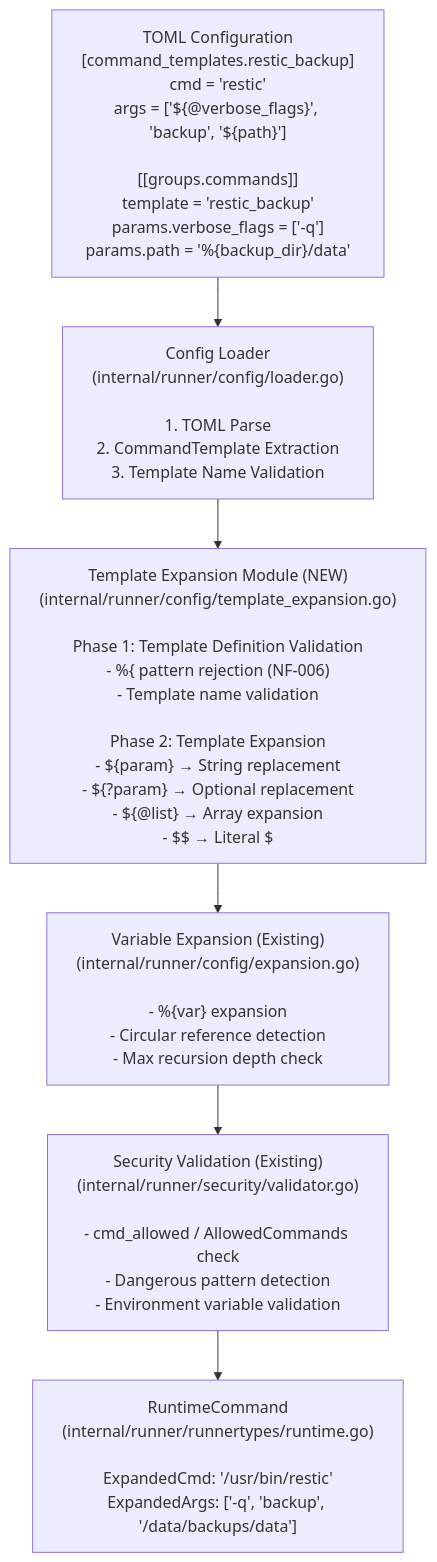
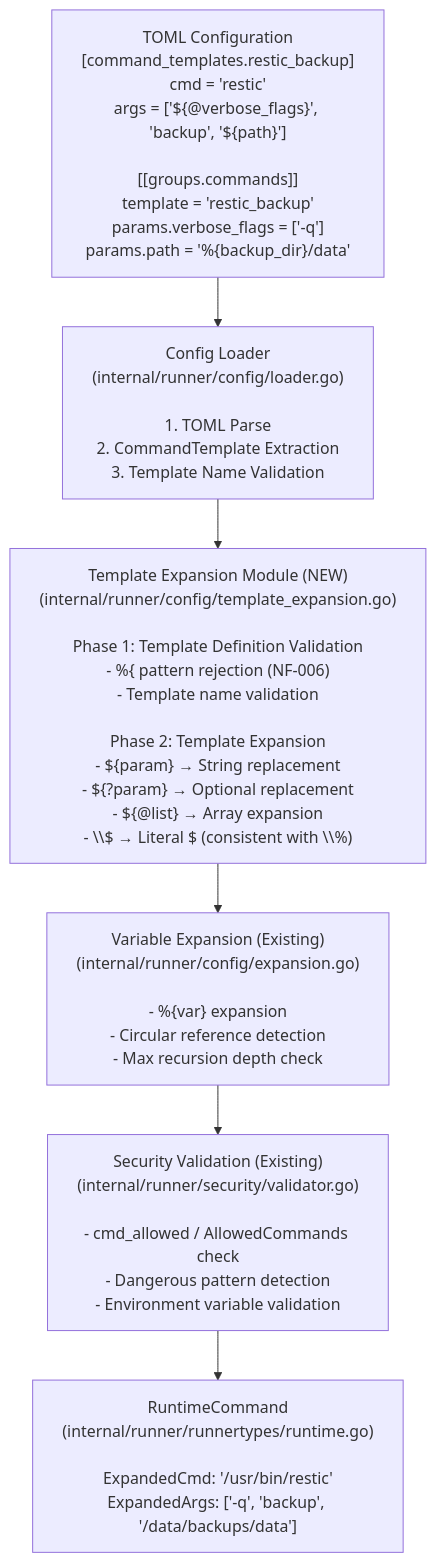
Before and after one commit to isseis/go-safe-cmd-runner: the first of 11 diagrams in docs/tasks/0062_command_templates/02_architecture.md, drawn with Mermaid. The commit also changed other lines of this file and 2 other files, not shown here.

Commit message:
docs(templates): unify escape syntax to backslash-based (\$)
Changed template parameter escape syntax from $$ to \$ for consistency
with existing variable expansion escape sequences (\%).

Changes across all template documentation:
- F-007: Updated escape mechanism from $$ to \$
- Added applyEscapeSequences() function supporting \$ and \\
- Updated parsePlaceholders() to recognize \$ escape sequences
- Modified all examples and test cases to use \\$ in TOML

Rationale:
1. Consistency: Matches existing \% escape for variables
2. Single escape rule: \% and \$ follow the same pattern
3. TOML alignment: \\ -> \ is natural in TOML context
4. Lower learning curve: One escape mechanism instead of two

Affected files:
- 01_requirements.md: F-007 specification, Phase 2 tests, checklist
- 02_architecture.md: Component diagrams, test categories
- 03_detailed_spec.md: Type definitions, algorithms, examples, tests

🤖 Generated with [Claude Code](https://claude.com/claude-code)

````diff
--- a/docs/tasks/0062_command_templates/02_architecture.md
+++ b/docs/tasks/0062_command_templates/02_architecture.md
@@ -20,15 +20,15 @@
 ```mermaid
 graph TD
     A["TOML Configuration<br/>[command_templates.restic_backup]<br/>cmd = 'restic'<br/>args = ['${@verbose_flags}', 'backup', '${path}']<br/><br/>[[groups.commands]]<br/>template = 'restic_backup'<br/>params.verbose_flags = ['-q']<br/>params.path = '%{backup_dir}/data'"]
     B["Config Loader<br/>(internal/runner/config/loader.go)<br/><br/>1. TOML Parse<br/>2. CommandTemplate Extraction<br/>3. Template Name Validation"]
-    C["Template Expansion Module (NEW)<br/>(internal/runner/config/template_expansion.go)<br/><br/>Phase 1: Template Definition Validation<br/>- %{ pattern rejection (NF-006)<br/>- Template name validation<br/><br/>Phase 2: Template Expansion<br/>- ${param} → String replacement<br/>- ${?param} → Optional replacement<br/>- ${@list} → Array expansion<br/>- $$ → Literal $"]
+    C["Template Expansion Module (NEW)<br/>(internal/runner/config/template_expansion.go)<br/><br/>Phase 1: Template Definition Validation<br/>- %{ pattern rejection (NF-006)<br/>- Template name validation<br/><br/>Phase 2: Template Expansion<br/>- ${param} → String replacement<br/>- ${?param} → Optional replacement<br/>- ${@list} → Array expansion<br/>- \\$ → Literal $ (consistent with \\%)"]
     D["Variable Expansion (Existing)<br/>(internal/runner/config/expansion.go)<br/><br/>- %{var} expansion<br/>- Circular reference detection<br/>- Max recursion depth check"]
     E["Security Validation (Existing)<br/>(internal/runner/security/validator.go)<br/><br/>- cmd_allowed / AllowedCommands check<br/>- Dangerous pattern detection<br/>- Environment variable validation"]
     F["RuntimeCommand<br/>(internal/runner/runnertypes/runtime.go)<br/><br/>ExpandedCmd: '/usr/bin/restic'<br/>ExpandedArgs: ['-q', 'backup', '/data/backups/data']"]
 
     A --> B
     B --> C
     C --> D
     D --> E
     E --> F
 ```
````
